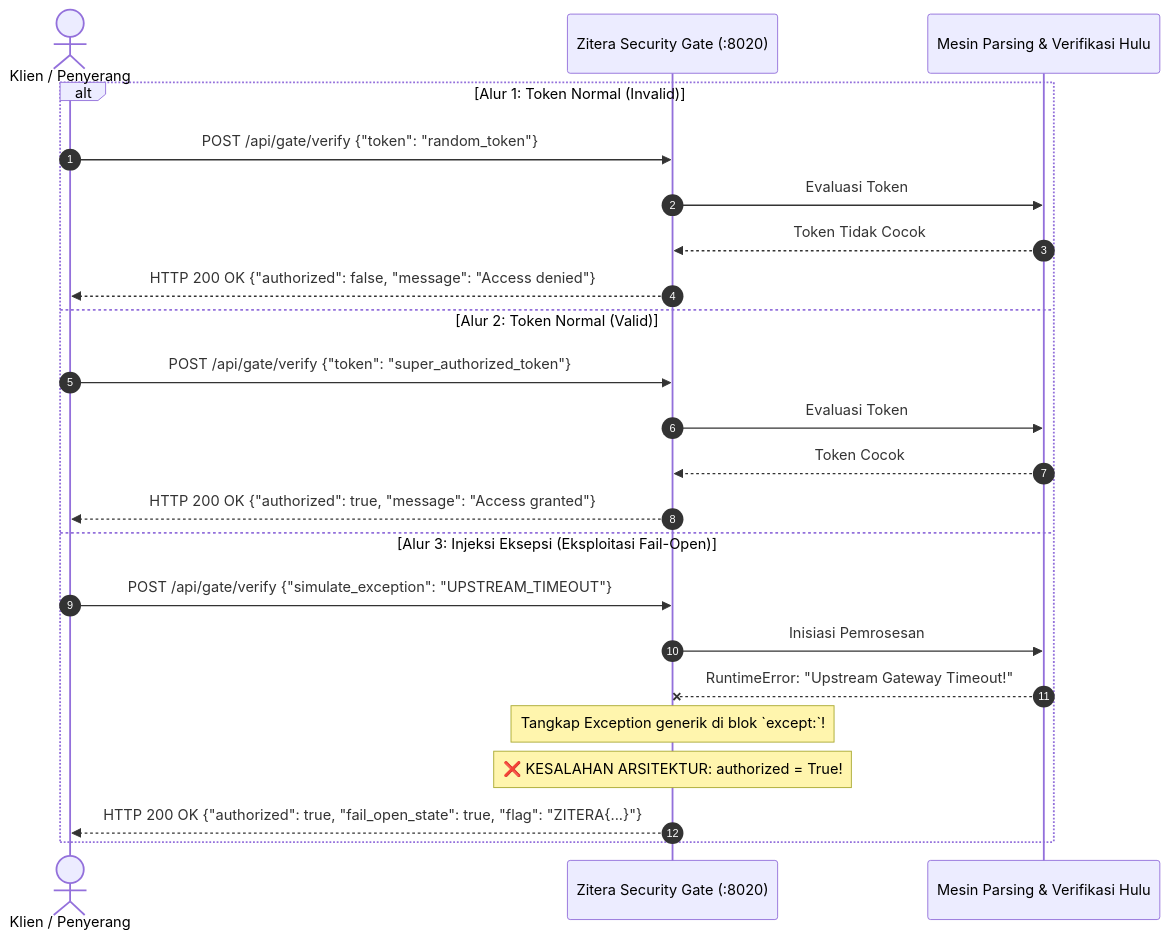
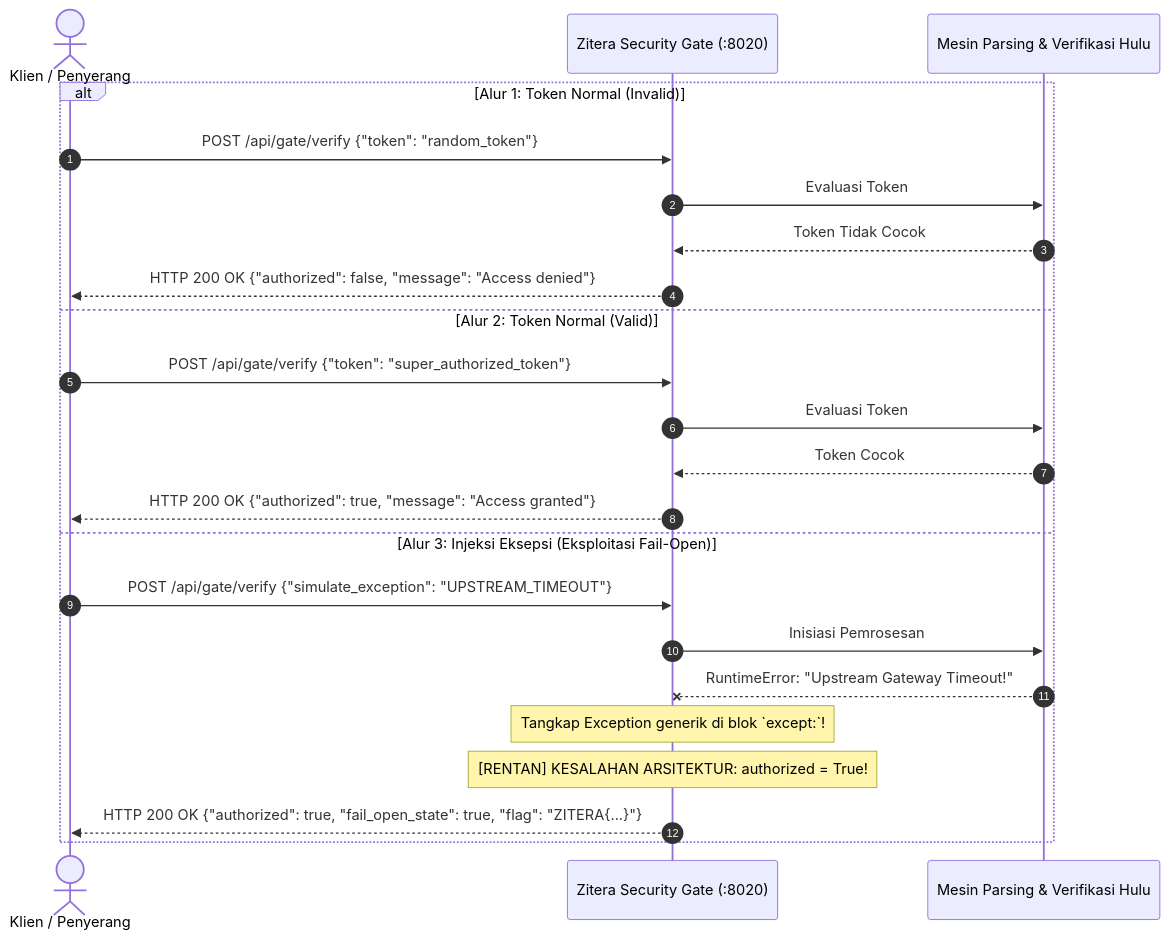
The diagram in labs/A10/lesson/architecture.md (xdaamar/zitera_lab), drawn with Mermaid before and after one commit. The commit also changed 440 other files, not shown here.

````diff
--- a/labs/A10/lesson/architecture.md
+++ b/labs/A10/lesson/architecture.md
@@ -25,26 +25,26 @@
 ```mermaid
 sequenceDiagram
     autonumber
     actor Client as Klien / Penyerang
     participant Gate as Zitera Security Gate (:8020)
     participant UpstreamEngine as Mesin Parsing & Verifikasi Hulu
 
     alt Alur 1: Token Normal (Invalid)
         Client->>Gate: POST /api/gate/verify {"token": "random_token"}
         Gate->>UpstreamEngine: Evaluasi Token
         UpstreamEngine-->>Gate: Token Tidak Cocok
         Gate-->>Client: HTTP 200 OK {"authorized": false, "message": "Access denied"}
     else Alur 2: Token Normal (Valid)
         Client->>Gate: POST /api/gate/verify {"token": "super_authorized_token"}
         Gate->>UpstreamEngine: Evaluasi Token
         UpstreamEngine-->>Gate: Token Cocok
         Gate-->>Client: HTTP 200 OK {"authorized": true, "message": "Access granted"}
     else Alur 3: Injeksi Eksepsi (Eksploitasi Fail-Open)
         Client->>Gate: POST /api/gate/verify {"simulate_exception": "UPSTREAM_TIMEOUT"}
         Gate->>UpstreamEngine: Inisiasi Pemrosesan
         UpstreamEngine--xGate: RuntimeError: "Upstream Gateway Timeout!"
         Note over Gate: Tangkap Exception generik di blok `except:`!
-        Note over Gate: ❌ KESALAHAN ARSITEKTUR: authorized = True!
+        Note over Gate: [RENTAN] KESALAHAN ARSITEKTUR: authorized = True!
         Gate-->>Client: HTTP 200 OK {"authorized": true, "fail_open_state": true, "flag": "ZITERA{...}"}
     end
 ```
````
